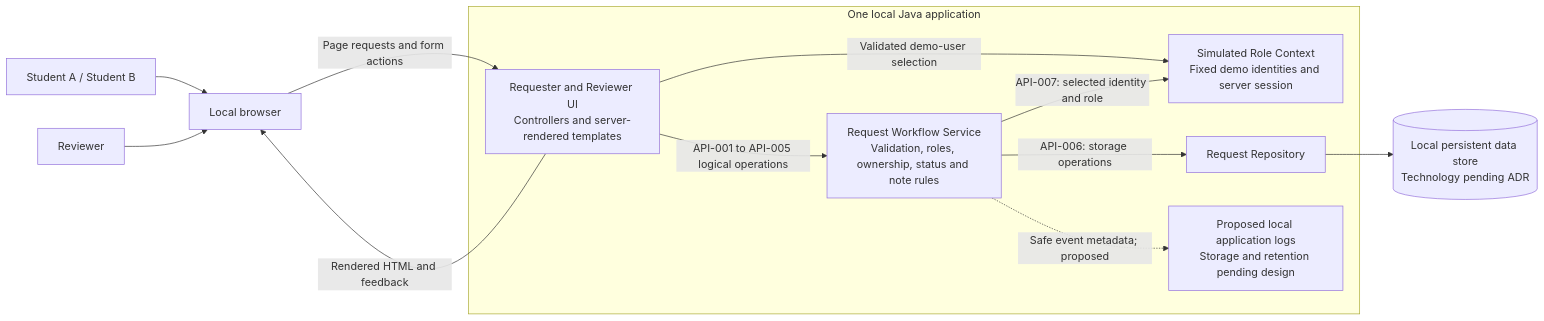
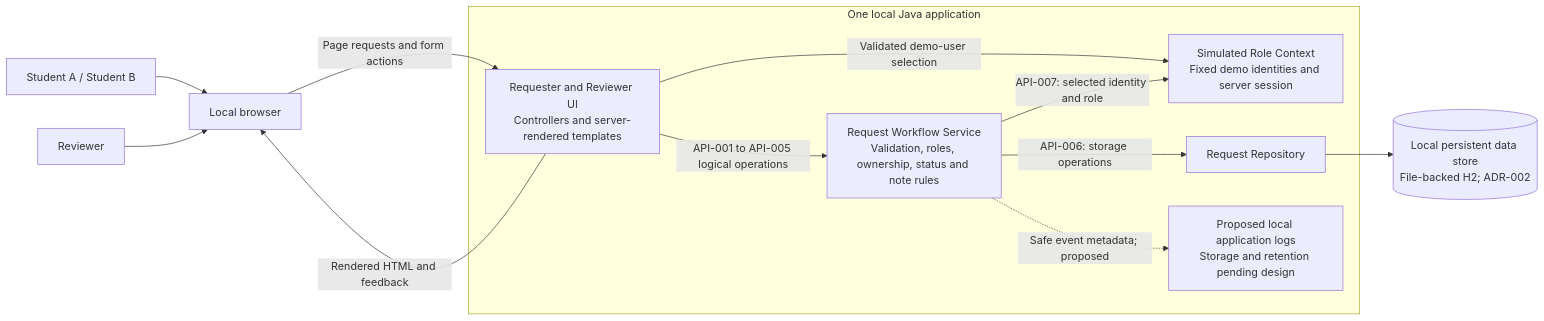
Before and after one commit to victordodan/-comp330-f26-team-02: the diagram in docs/architecture/architecture.md, drawn with Mermaid. The commit also changed other lines of this file, not shown here.

````diff
--- a/docs/architecture/architecture.md
+++ b/docs/architecture/architecture.md
@@ -92,20 +94,20 @@
 ```mermaid
 flowchart LR
     Students["Student A / Student B"] --> Browser["Local browser"]
     Reviewer["Reviewer"] --> Browser
     subgraph App["One local Java application"]
         UI["Requester and Reviewer UI<br/>Controllers and server-rendered templates"]
         Workflow["Request Workflow Service<br/>Validation, roles, ownership, status and note rules"]
         Context["Simulated Role Context<br/>Fixed demo identities and server session"]
         Repository["Request Repository"]
         Logs["Proposed local application logs<br/>Storage and retention pending design"]
         UI -->|"API-001 to API-005 logical operations"| Workflow
         UI -->|"Validated demo-user selection"| Context
         Workflow -->|"API-007: selected identity and role"| Context
         Workflow -->|"API-006: storage operations"| Repository
         Workflow -.->|"Safe event metadata; proposed"| Logs
     end
     Browser -->|"Page requests and form actions"| UI
     UI -->|"Rendered HTML and feedback"| Browser
-    Repository --> Store[("Local persistent data store<br/>Technology pending ADR")]
+    Repository --> Store[("Local persistent data store<br/>File-backed H2; ADR-002")]
 ```
````
